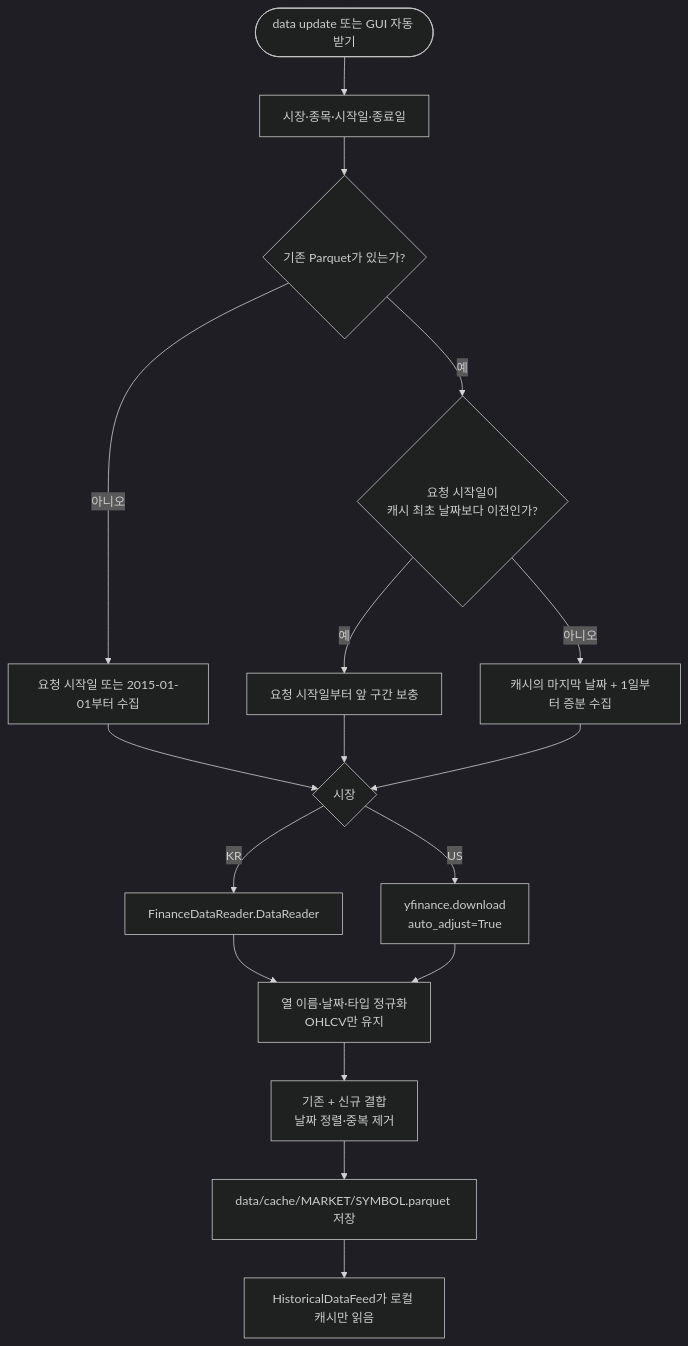
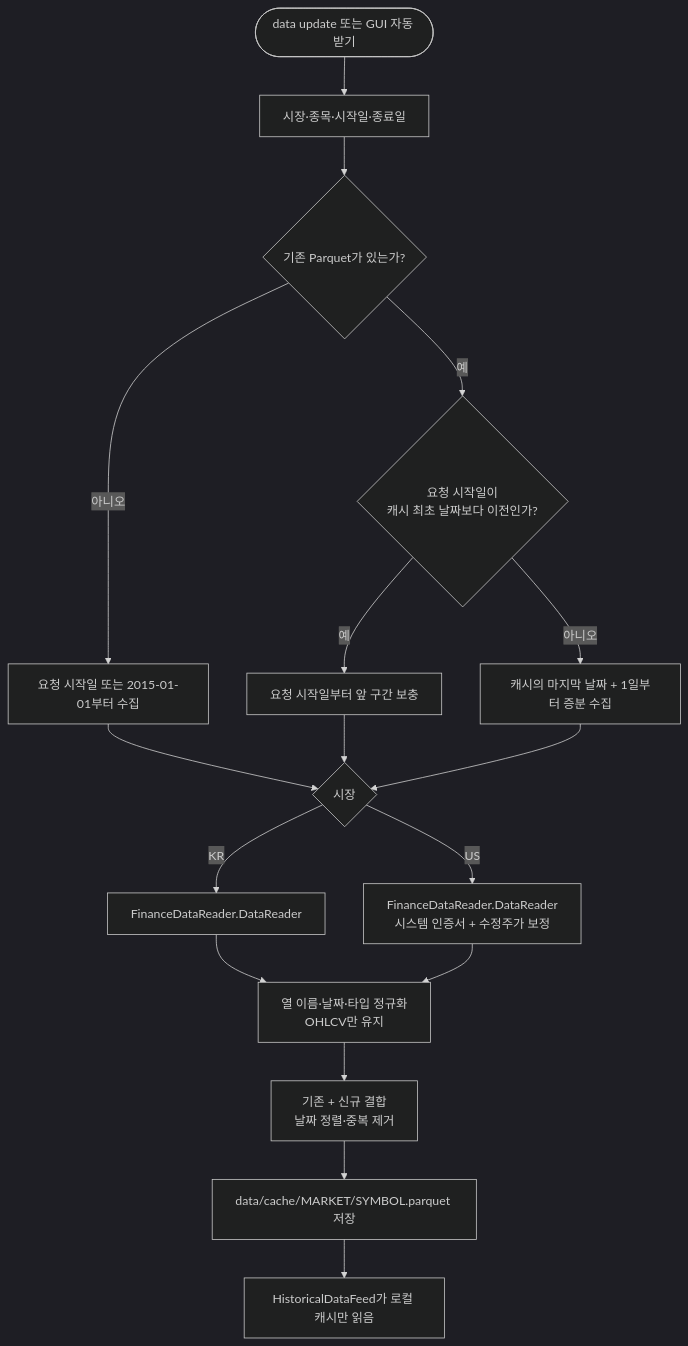
Before and after one commit to kjw413/trading-bot: the second of 5 diagrams in docs/architecture.md, drawn with Mermaid (dark theme). The commit also changed other lines of this file and 6 other files, not shown here.

````diff
--- a/docs/architecture.md
+++ b/docs/architecture.md
@@ -115,26 +115,26 @@
 ```mermaid
 flowchart TD
     Start(["data update 또는 GUI 자동 받기"])
     Input["시장·종목·시작일·종료일"]
     Exists{"기존 Parquet가 있는가?"}
     NewStart["요청 시작일 또는 2015-01-01부터 수집"]
     NextDay["캐시의 마지막 날짜 + 1일부터 증분 수집"]
     Older{"요청 시작일이<br/>캐시 최초 날짜보다 이전인가?"}
     OlderStart["요청 시작일부터 앞 구간 보충"]
     Market{"시장"}
     KR["FinanceDataReader.DataReader"]
-    US["yfinance.download<br/>auto_adjust=True"]
+    US["FinanceDataReader.DataReader<br/>시스템 인증서 + 수정주가 보정"]
     Normalize["열 이름·날짜·타입 정규화<br/>OHLCV만 유지"]
     Merge["기존 + 신규 결합<br/>날짜 정렬·중복 제거"]
     Write["data/cache/MARKET/SYMBOL.parquet 저장"]
     Feed["HistoricalDataFeed가 로컬 캐시만 읽음"]
 
     Start --> Input --> Exists
     Exists -- "아니오" --> NewStart --> Market
     Exists -- "예" --> Older
     Older -- "예" --> OlderStart --> Market
     Older -- "아니오" --> NextDay --> Market
     Market -- "KR" --> KR --> Normalize
     Market -- "US" --> US --> Normalize
     Normalize --> Merge --> Write --> Feed
 ```
````
